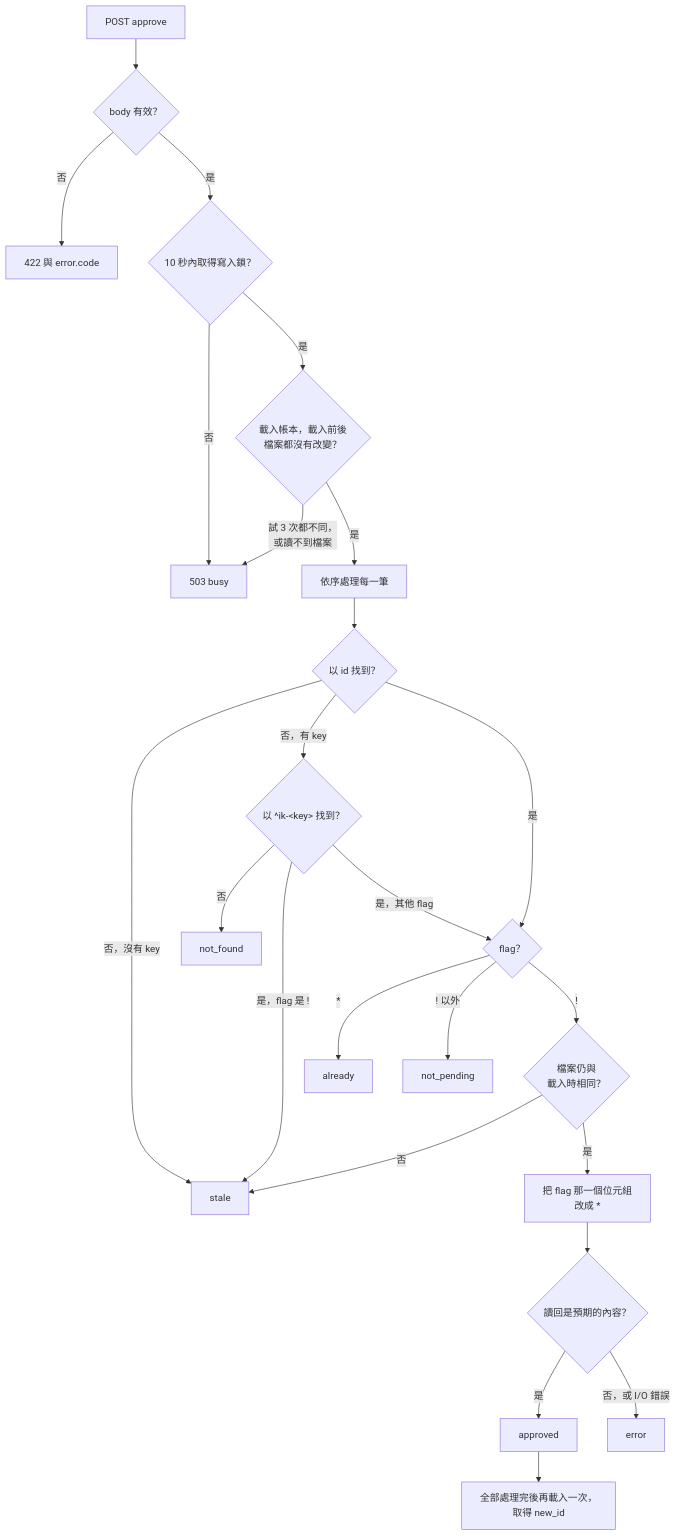
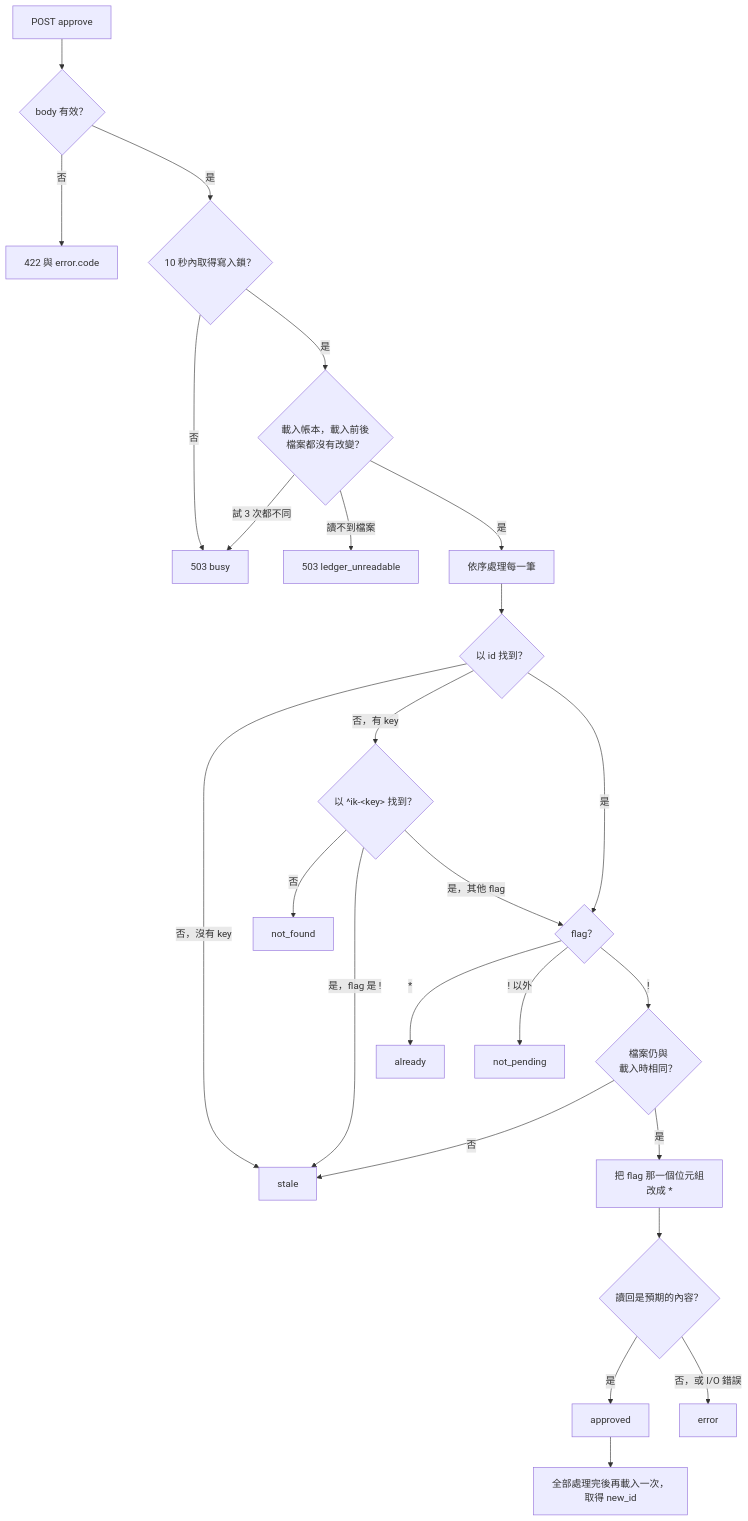
The third of 3 diagrams in docs/agent-api-reference.md (gn00678465/beancount-fava), drawn with Mermaid before and after one commit. The commit also changed other lines of this file and 2 other files, not shown here.

Commit message:
fix(api): 核准讀不到帳本檔時改回 503 ledger_unreadable
- 讓網頁不必解析 message 就能顯示「帳本讀不到」

````diff
--- a/docs/agent-api-reference.md
+++ b/docs/agent-api-reference.md
@@ -313,26 +313,27 @@
 ```mermaid
 flowchart TD
     Start["POST approve"] --> Valid{"body 有效？"}
     Valid -->|否| R422["422 與 error.code"]
     Valid -->|是| Lock{"10 秒內取得寫入鎖？"}
     Lock -->|否| R503["503 busy"]
     Lock -->|是| Load{"載入帳本，載入前後<br>檔案都沒有改變？"}
-    Load -->|試 3 次都不同，<br>或讀不到檔案| R503
+    Load -->|試 3 次都不同| R503
+    Load -->|讀不到檔案| Unreadable["503 ledger_unreadable"]
     Load -->|是| Each["依序處理每一筆"]
     Each --> ById{"以 id 找到？"}
     ById -->|否，沒有 key| Stale["stale"]
     ById -->|否，有 key| ByKey{"以 ^ik-&lt;key&gt; 找到？"}
     ByKey -->|否| NotFound["not_found"]
     ByKey -->|是，flag 是 !| Stale
     ByKey -->|是，其他 flag| Flag
     ById -->|是| Flag{"flag？"}
     Flag -->|*| Already["already"]
     Flag -->|! 以外| NotPending["not_pending"]
     Flag -->|!| Same{"檔案仍與<br>載入時相同？"}
     Same -->|否| Stale
     Same -->|是| Write["把 flag 那一個位元組<br>改成 *"]
     Write --> Back{"讀回是預期的內容？"}
     Back -->|是| Approved["approved"]
     Back -->|否，或 I/O 錯誤| Error["error"]
     Approved --> NewId["全部處理完後再載入一次，<br>取得 new_id"]
 ```
````
